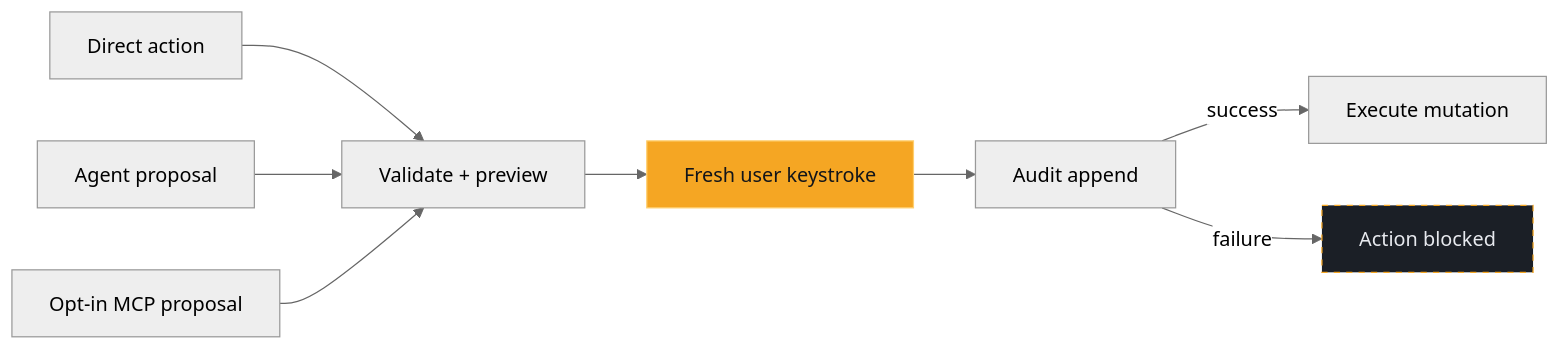
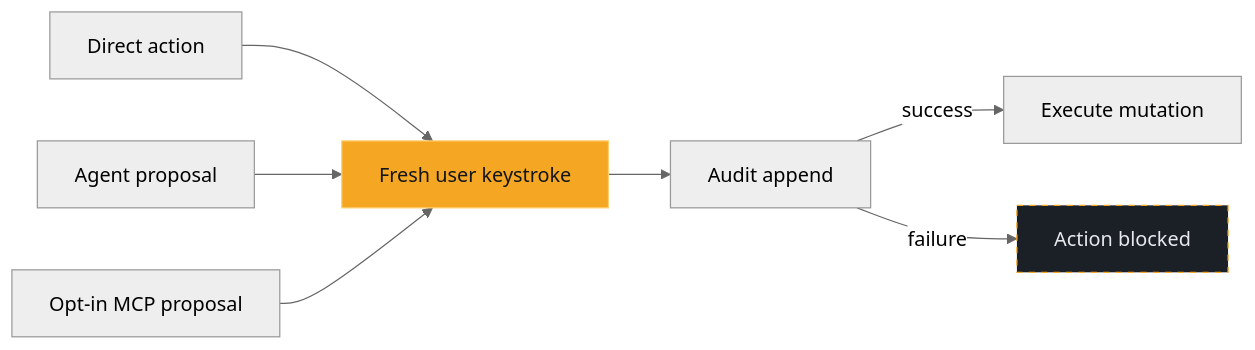
The diagram in docs/ops.md (hellices/korvid), drawn with Mermaid (neutral theme) before and after one commit. The commit also changed 4 other files, not shown here.

````diff
--- a/docs/ops.md
+++ b/docs/ops.md
@@ -20,13 +20,12 @@
 ```mermaid
 flowchart LR
-    DIRECT["Direct action"] --> PREVIEW["Validate + preview"]
-    AGENT["Agent proposal"] --> PREVIEW
-    MCP["Opt-in MCP proposal"] --> PREVIEW
-    PREVIEW --> CONFIRM["Fresh user keystroke"]
+    DIRECT["Direct action"] --> CONFIRM["Fresh user keystroke"]
+    AGENT["Agent proposal"] --> CONFIRM
+    MCP["Opt-in MCP proposal"] --> CONFIRM
     CONFIRM --> AUDIT["Audit append"]
     AUDIT -->|success| EXECUTE["Execute mutation"]
     AUDIT -->|failure| BLOCK["Action blocked"]
 
     style CONFIRM fill:#f5a623,color:#12151a,stroke:#ffcf6e
     style BLOCK fill:#1b1f26,color:#e7e9ee,stroke:#f5a623,stroke-dasharray: 5 5
 ```
````
